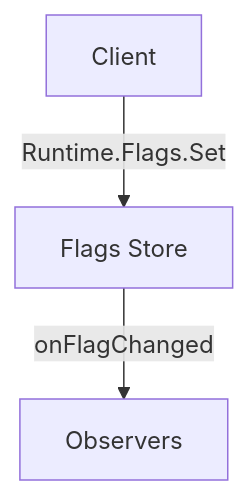
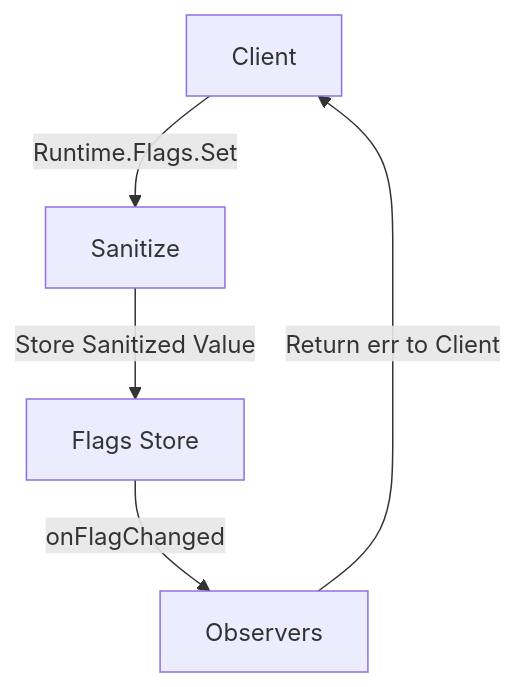
The second of 2 diagrams in docs/architecture/runtime.md (seejdev/launcher), drawn with Mermaid before and after one commit. The commit also changed 3 other files, not shown here.

````diff
--- a/docs/architecture/runtime.md
+++ b/docs/architecture/runtime.md
@@ -32,9 +32,13 @@
 ```mermaid
 flowchart TB
     A[Client]
     B[Flags Store]
     C[Observers]
+    D[Sanitize]
 
-    A -->|Runtime.Flags.Set|B
+    A -->|Runtime.Flags.Set|D
+    D -->|Store Sanitized Value|B
     B -->|onFlagChanged|C
+
+    C -->|Return err to Client| A
 ```
````
